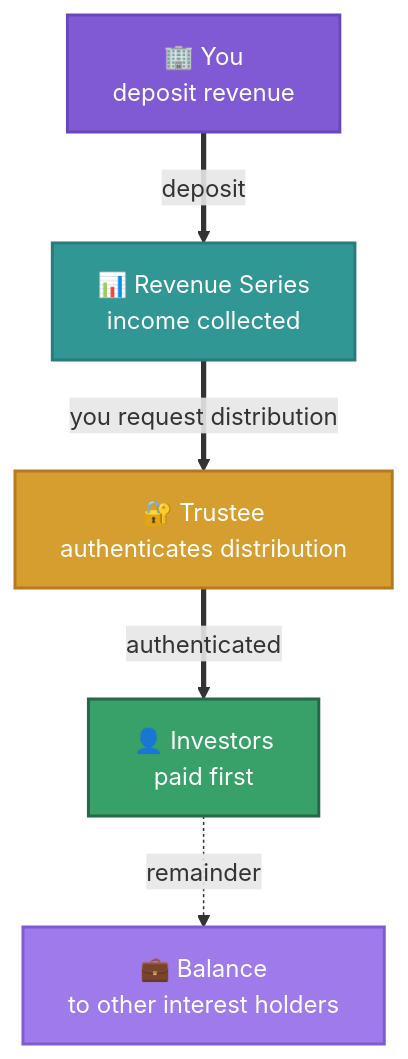
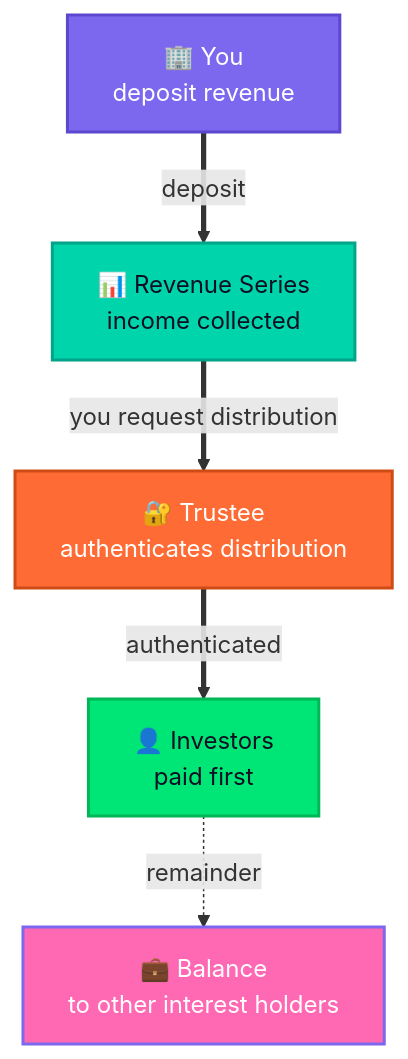
One commit to hrbrlife/sailsto_website changed the fourth of 16 diagrams in hugo-site/content/_index.fr.md. Above: the diagram before and after it, drawn with Mermaid. The commit also changed other lines of this file and 9 other files, not shown here.

```diff
--- a/hugo-site/content/_index.fr.md
+++ b/hugo-site/content/_index.fr.md
@@ -456,17 +456,17 @@
 <div class="mermaid">
 flowchart TD
     YOU["🏢 You&lt;br/&gt;deposit revenue"]
     REV["📊 Revenue Series&lt;br/&gt;income collected"]
     TRU["🔐 Trustee&lt;br/&gt;authenticates distribution"]
     INV["👤 Investors&lt;br/&gt;paid first"]
     BAL["💼 Balance&lt;br/&gt;to other interest holders"]
     YOU ==>|"deposit"| REV
     REV ==>|"you request distribution"| TRU
     TRU ==>|"authenticated"| INV
     INV -.->|"remainder"| BAL
-    style YOU fill:#805ad5,color:#fff,stroke:#6b46c1,stroke-width:2px
-    style REV fill:#319795,color:#fff,stroke:#2c7a7b,stroke-width:2px
-    style TRU fill:#d69e2e,color:#fff,stroke:#b7791f,stroke-width:2px
-    style INV fill:#38a169,color:#fff,stroke:#276749,stroke-width:2px
-    style BAL fill:#9f7aea,color:#fff,stroke:#805ad5,stroke-width:2px
+    style YOU fill:#7B68EE,color:#fff,stroke:#5B48CE,stroke-width:2px
+    style REV fill:#00D4AA,color:#0F0F23,stroke:#00A488,stroke-width:2px
+    style TRU fill:#FF6B35,color:#fff,stroke:#CF4B15,stroke-width:2px
+    style INV fill:#00E676,color:#0F0F23,stroke:#00B656,stroke-width:2px
+    style BAL fill:#FF69B4,color:#fff,stroke:#7B68EE,stroke-width:2px
 </div>
```
